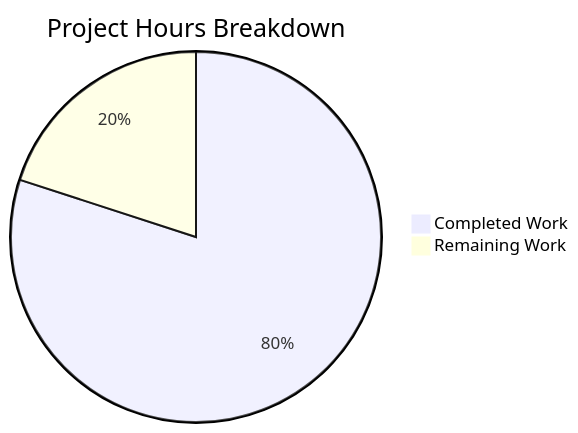
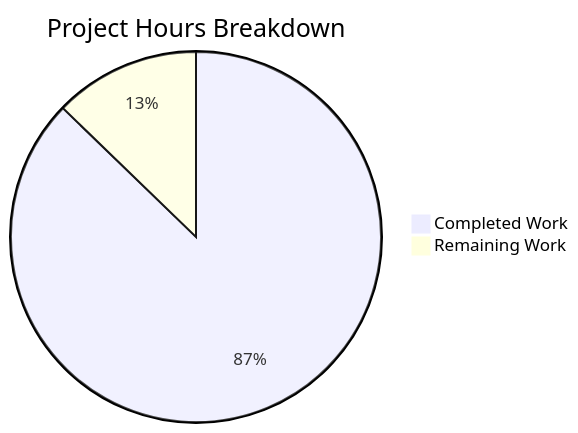
Before and after one commit to Blitzy-Sandbox/blitzy-cal: the second of 3 diagrams in blitzy/documentation/Project Guide.md, drawn with Mermaid. The commit also changed other lines of this file, not shown here.

Commit message:
Adding Blitzy Project Guide: Project Status and Human Tasks Remaining

````diff
--- a/blitzy/documentation/Project Guide.md
+++ b/blitzy/documentation/Project Guide.md
@@ -200,5 +227,5 @@
 ```mermaid
 pie title Project Hours Breakdown
-    "Completed Work" : 32
-    "Remaining Work" : 8
+    "Completed Work" : 253
+    "Remaining Work" : 37
 ```
````
